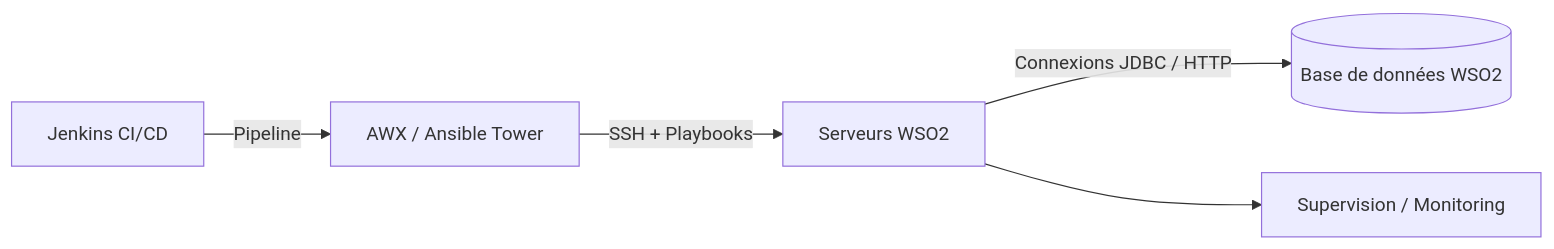
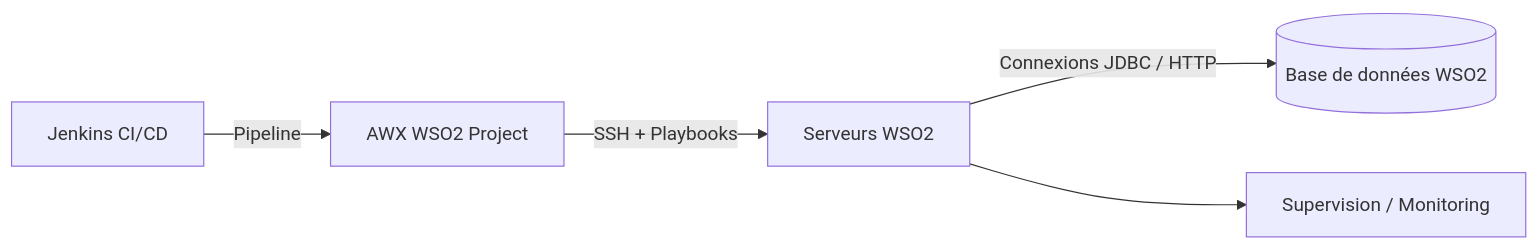
Before and after one commit to ahmed-aglobalit/infra-wso2-ansible: the first of 2 diagrams in README.md, drawn with Mermaid. The commit also changed other lines of this file, not shown here.

````diff
--- a/README.md
+++ b/README.md
@@ -34,7 +46,7 @@
 ```mermaid
 flowchart LR
-    J[Jenkins CI/CD] -->|Pipeline| AWX[AWX / Ansible Tower]
+    J[Jenkins CI/CD] -->|Pipeline| AWX[AWX WSO2 Project]
     AWX -->|SSH + Playbooks| A[Serveurs WSO2]
     A -->|Connexions JDBC / HTTP| DB[(Base de données WSO2)]
     A --> MON[Supervision / Monitoring]
 ```
````
